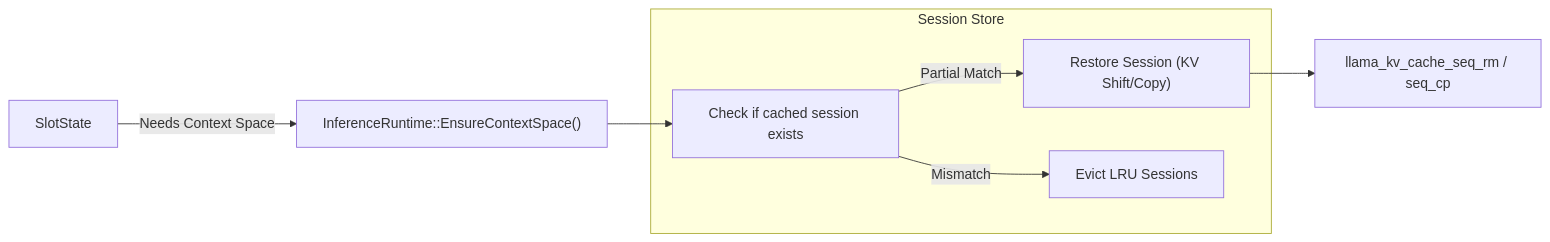
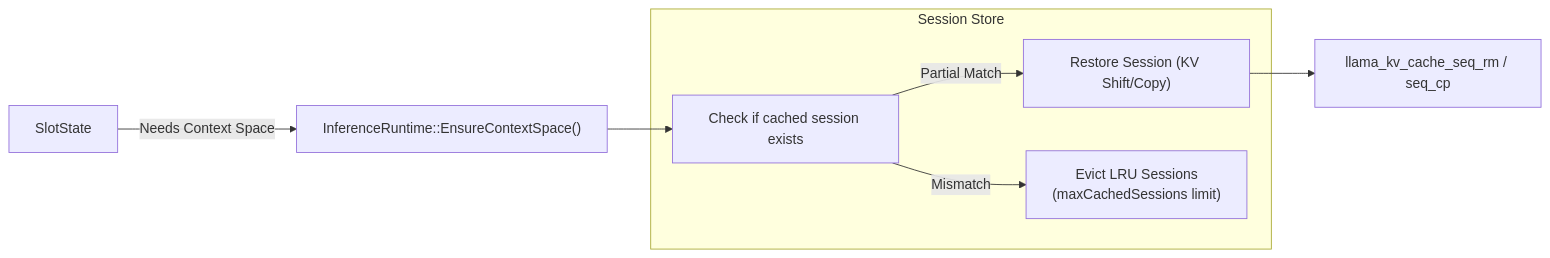
The tenth of 13 diagrams in packages/cogent-engine/docs/inference_system_design.md (noumena-labs/Sipp), drawn with Mermaid before and after one commit. The commit also changed other lines of this file, not shown here.

````diff
--- a/packages/cogent-engine/docs/inference_system_design.md
+++ b/packages/cogent-engine/docs/inference_system_design.md
@@ -162,16 +433,16 @@
 ```mermaid
 graph LR
     Slot["SlotState"] --> |Needs Context Space| IR["InferenceRuntime::EnsureContextSpace()"]
     
     subgraph SessionStore ["Session Store"]
         CheckCache["Check if cached session exists"]
         Restore["Restore Session (KV Shift/Copy)"]
-        Evict["Evict LRU Sessions"]
+        Evict["Evict LRU Sessions<br/>(maxCachedSessions limit)"]
     end
 
     IR --> CheckCache
     CheckCache --> |Mismatch| Evict
     CheckCache --> |Partial Match| Restore
     
     Restore --> LlamaKV["llama_kv_cache_seq_rm / seq_cp"]
 ```
````
